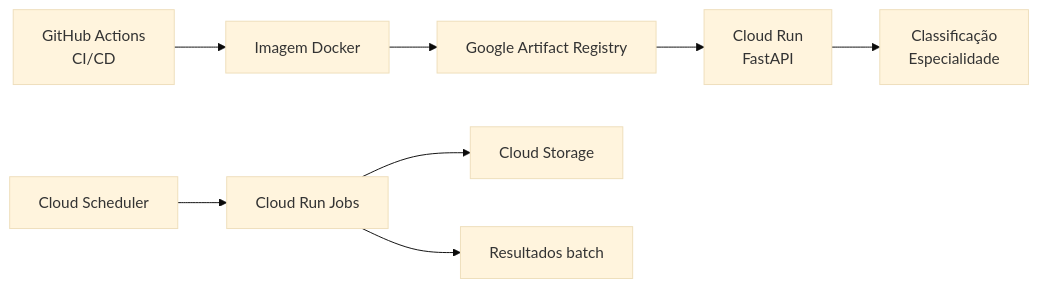
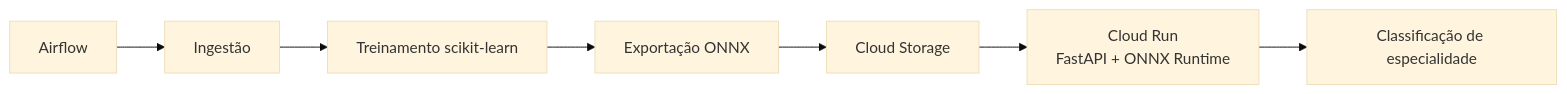
One commit to jessyca-machado/automated-text-exam-triage changed the second of 3 diagrams in README.md. Above: the diagram before and after it, drawn with Mermaid (base theme). The commit also changed other lines of this file, not shown here.

Commit message:
docs: adaptado o readme para refletir a mudança de modelo de inferência para ONNX Runtime

````diff
--- a/README.md
+++ b/README.md
@@ -81,11 +100,9 @@
 ```mermaid
 flowchart LR
-    A[GitHub Actions<br/>CI/CD] --> B[Imagem Docker]
-    B --> C[Google Artifact Registry]
-    C --> D[Cloud Run<br/>FastAPI]
-    D --> E[Classificação<br/>Especialidade]
-
-    F[Cloud Scheduler] --> G[Cloud Run Jobs]
-    G --> H[Cloud Storage]
-    G --> I[Resultados batch]
+    A[Airflow] --> B[Ingestão]
+    B --> C[Treinamento scikit-learn]
+    C --> D[Exportação ONNX]
+    D --> E[Cloud Storage]
+    E --> F[Cloud Run<br/>FastAPI + ONNX Runtime]
+    F --> G[Classificação de especialidade]
 ```
````
